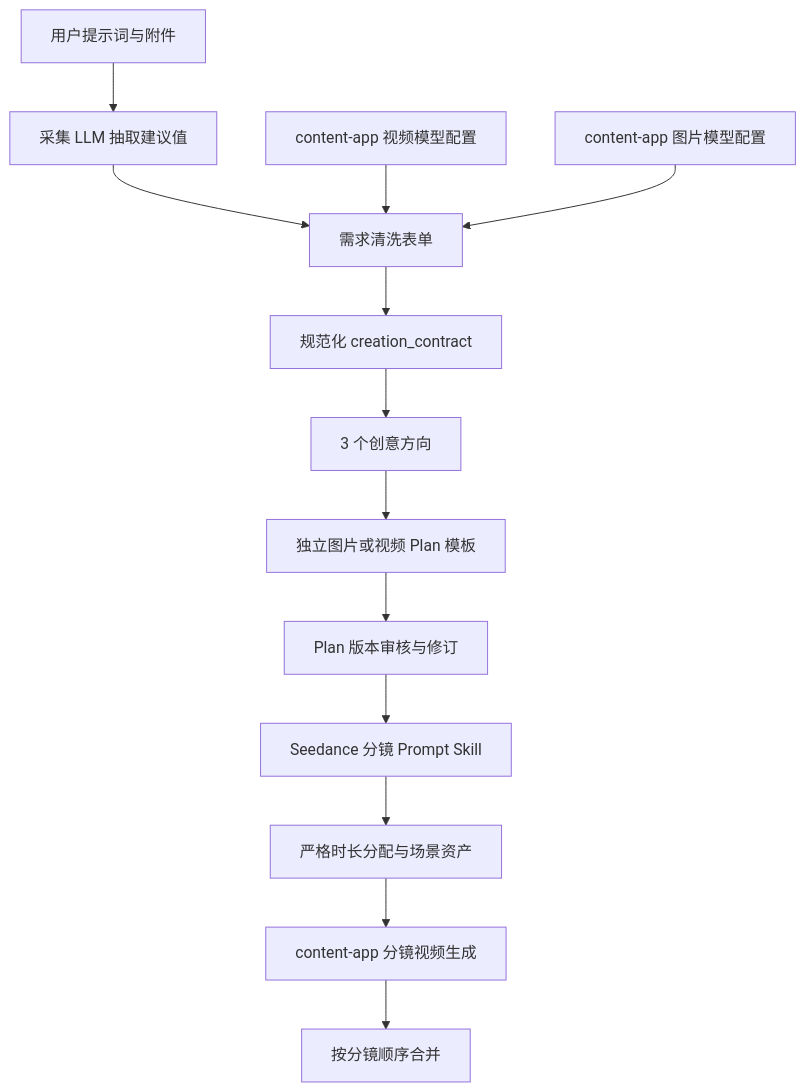
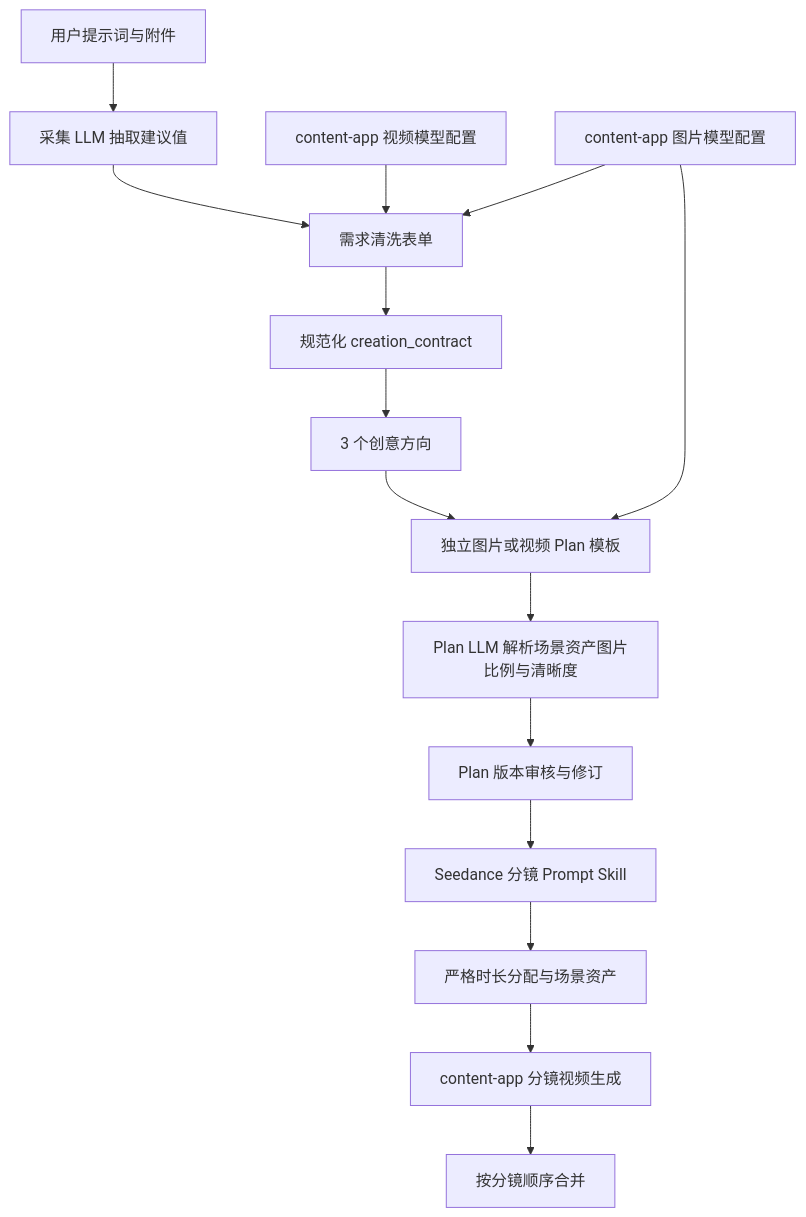
One commit to joyslxd/pixelflow changed the diagram in docs/superpowers/specs/2026-07-10-video-intake-plan-seedance-contract-design.md. Above: the diagram before and after it, drawn with Mermaid. The commit also changed other lines of this file, not shown here.

Commit message:
docs: resolve scene image specs in video plan

````diff
--- a/docs/superpowers/specs/2026-07-10-video-intake-plan-seedance-contract-design.md
+++ b/docs/superpowers/specs/2026-07-10-video-intake-plan-seedance-contract-design.md
@@ -33,15 +33,17 @@
 ```mermaid
 flowchart TD
   A["用户提示词与附件"] --> B["采集 LLM 抽取建议值"]
   B --> C["需求清洗表单"]
   M1["content-app 视频模型配置"] --> C
   M2["content-app 图片模型配置"] --> C
   C --> D["规范化 creation_contract"]
   D --> E["3 个创意方向"]
   E --> F["独立图片或视频 Plan 模板"]
-  F --> G["Plan 版本审核与修订"]
+  M2 --> F
+  F --> R["Plan LLM 解析场景资产图片比例与清晰度"]
+  R --> G["Plan 版本审核与修订"]
   G --> H["Seedance 分镜 Prompt Skill"]
   H --> I["严格时长分配与场景资产"]
   I --> J["content-app 分镜视频生成"]
   J --> K["按分镜顺序合并"]
 ```
````
